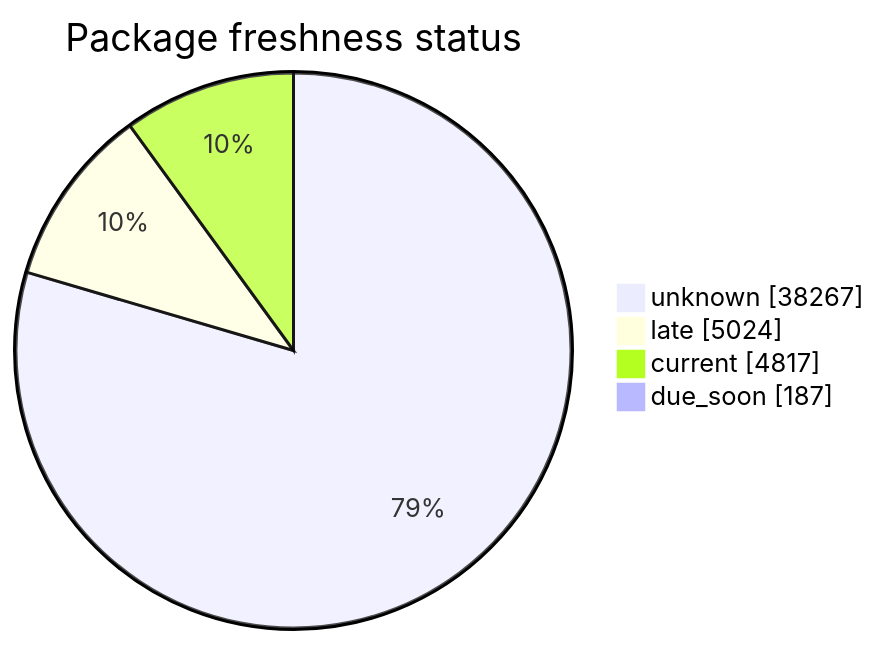
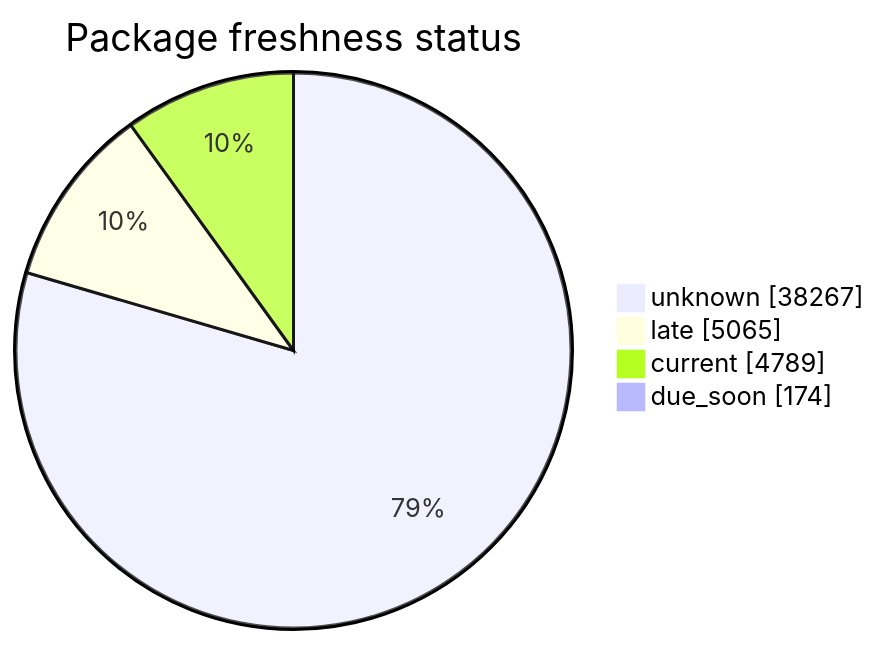
One commit to open-data/analytics-corporate-reporting changed the second of 5 diagrams in FreshCheck/README.md. Above: the diagram before and after it, drawn with Mermaid. The commit also changed other lines of this file and 3 other files, not shown here.

````diff
--- a/FreshCheck/README.md
+++ b/FreshCheck/README.md
@@ -68,7 +68,7 @@
 ```mermaid
 pie showData title Package freshness status
     "unknown": 38267
-    "late": 5024
-    "current": 4817
-    "due_soon": 187
+    "late": 5065
+    "current": 4789
+    "due_soon": 174
 ```
````
